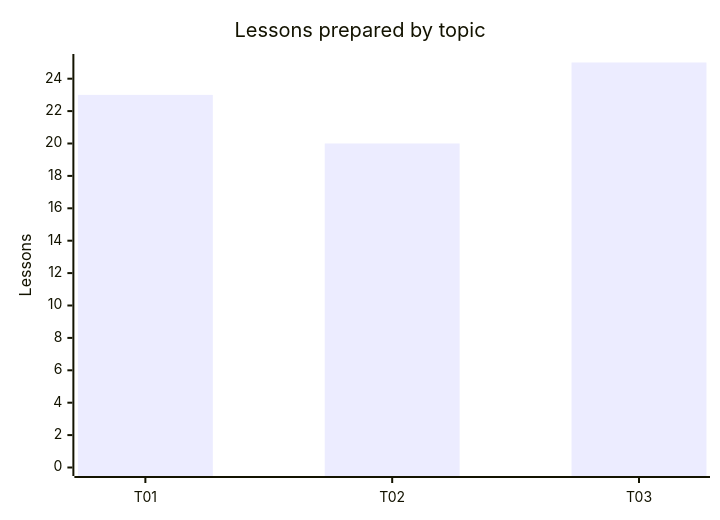
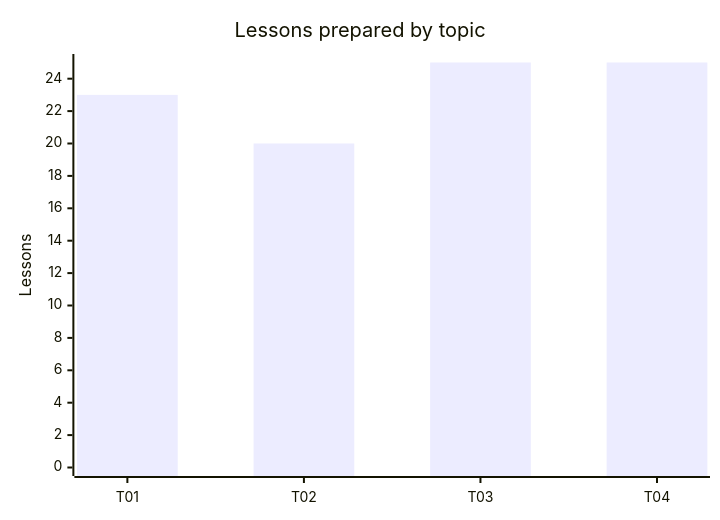
The seventh of 7 diagrams in PROGRESS.md (Zakoroo/computer_networks), drawn with Mermaid before and after one commit. The commit also changed other lines of this file and 44 other files, not shown here.

````diff
--- a/PROGRESS.md
+++ b/PROGRESS.md
@@ -91,7 +99,7 @@
 ```mermaid
 xychart-beta
     title "Lessons prepared by topic"
-    x-axis ["T01", "T02", "T03"]
+    x-axis ["T01", "T02", "T03", "T04"]
     y-axis "Lessons" 0 --> 25
-    bar [23, 20, 25]
+    bar [23, 20, 25, 25]
 ```
````
